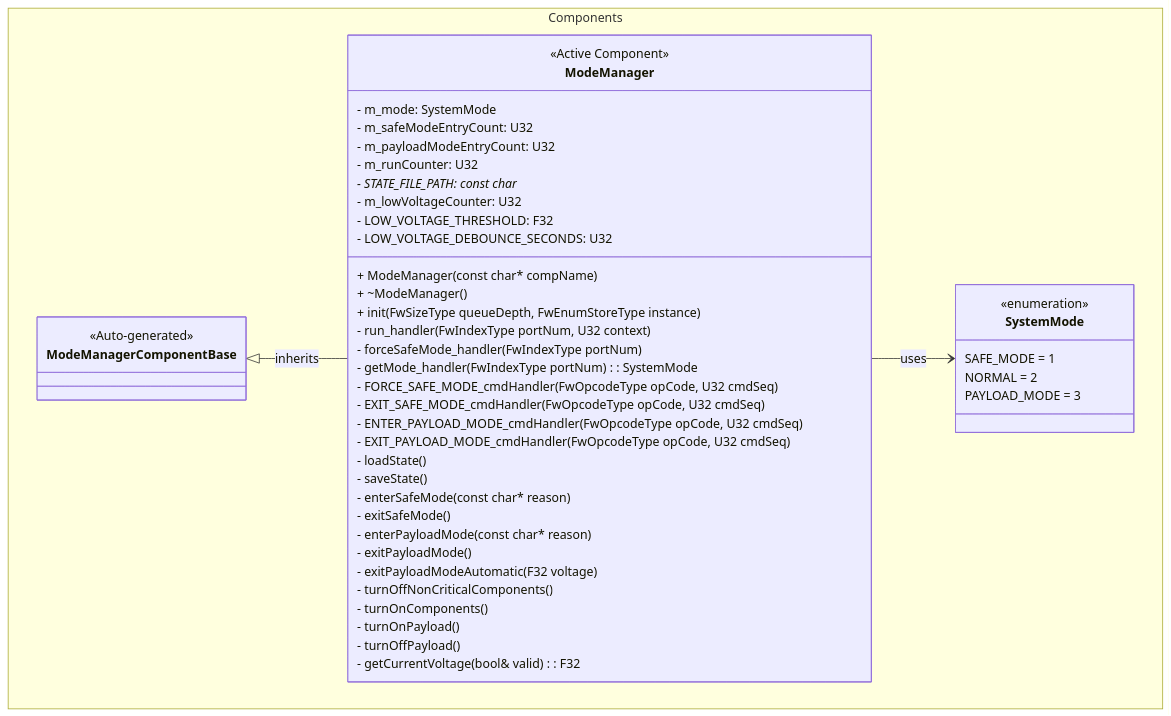
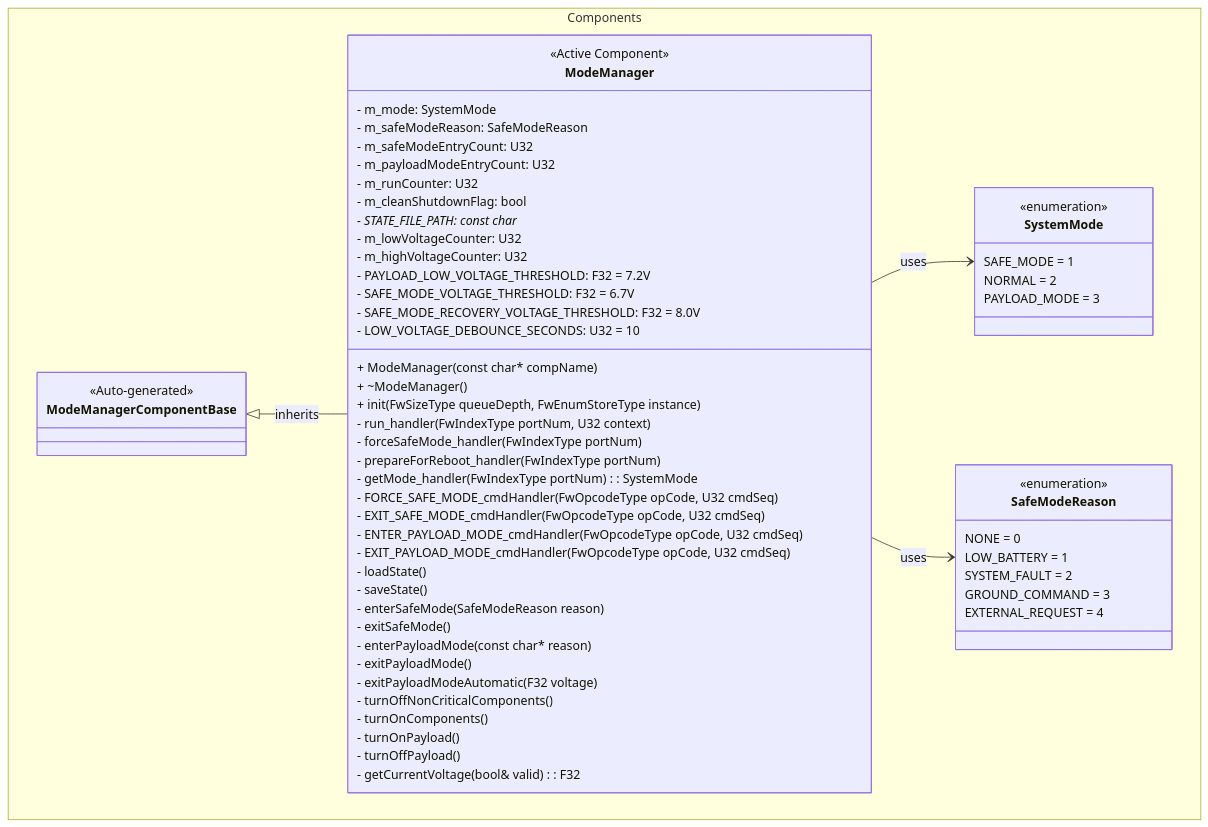
The first of 13 diagrams in FprimeZephyrReference/Components/ModeManager/docs/sdd.md (Open-Source-Space-Foundation/proves-core-reference), drawn with Mermaid before and after one commit. The commit also changed other lines of this file and 3 other files, not shown here.

Commit message:
update safe to normal mode auto switch

````diff
--- a/FprimeZephyrReference/Components/ModeManager/docs/sdd.md
+++ b/FprimeZephyrReference/Components/ModeManager/docs/sdd.md
@@ -108,49 +155,64 @@
 ```mermaid
 classDiagram
     namespace Components {
         class ModeManagerComponentBase {
             <<Auto-generated>>
         }
         class ModeManager {
             <<Active Component>>
             - m_mode: SystemMode
+            - m_safeModeReason: SafeModeReason
             - m_safeModeEntryCount: U32
             - m_payloadModeEntryCount: U32
             - m_runCounter: U32
+            - m_cleanShutdownFlag: bool
             - STATE_FILE_PATH: const char*
             + ModeManager(const char* compName)
             + ~ModeManager()
             + init(FwSizeType queueDepth, FwEnumStoreType instance)
             - run_handler(FwIndexType portNum, U32 context)
             - forceSafeMode_handler(FwIndexType portNum)
+            - prepareForReboot_handler(FwIndexType portNum)
             - getMode_handler(FwIndexType portNum): SystemMode
             - FORCE_SAFE_MODE_cmdHandler(FwOpcodeType opCode, U32 cmdSeq)
             - EXIT_SAFE_MODE_cmdHandler(FwOpcodeType opCode, U32 cmdSeq)
             - ENTER_PAYLOAD_MODE_cmdHandler(FwOpcodeType opCode, U32 cmdSeq)
             - EXIT_PAYLOAD_MODE_cmdHandler(FwOpcodeType opCode, U32 cmdSeq)
             - loadState()
             - saveState()
-            - enterSafeMode(const char* reason)
+            - enterSafeMode(SafeModeReason reason)
             - exitSafeMode()
             - enterPayloadMode(const char* reason)
             - exitPayloadMode()
             - exitPayloadModeAutomatic(F32 voltage)
             - turnOffNonCriticalComponents()
             - turnOnComponents()
             - turnOnPayload()
             - turnOffPayload()
             - getCurrentVoltage(bool& valid): F32
             - m_lowVoltageCounter: U32
-            - LOW_VOLTAGE_THRESHOLD: F32
-            - LOW_VOLTAGE_DEBOUNCE_SECONDS: U32
+            - m_highVoltageCounter: U32
+            - PAYLOAD_LOW_VOLTAGE_THRESHOLD: F32 = 7.2V
+            - SAFE_MODE_VOLTAGE_THRESHOLD: F32 = 6.7V
+            - SAFE_MODE_RECOVERY_VOLTAGE_THRESHOLD: F32 = 8.0V
+            - LOW_VOLTAGE_DEBOUNCE_SECONDS: U32 = 10
         }
         class SystemMode {
             <<enumeration>>
             SAFE_MODE = 1
             NORMAL = 2
             PAYLOAD_MODE = 3
         }
+        class SafeModeReason {
+            <<enumeration>>
+            NONE = 0
+            LOW_BATTERY = 1
+            SYSTEM_FAULT = 2
+            GROUND_COMMAND = 3
+            EXTERNAL_REQUEST = 4
+        }
     }
     ModeManagerComponentBase <|-- ModeManager : inherits
     ModeManager --> SystemMode : uses
+    ModeManager --> SafeModeReason : uses
 ```
````
